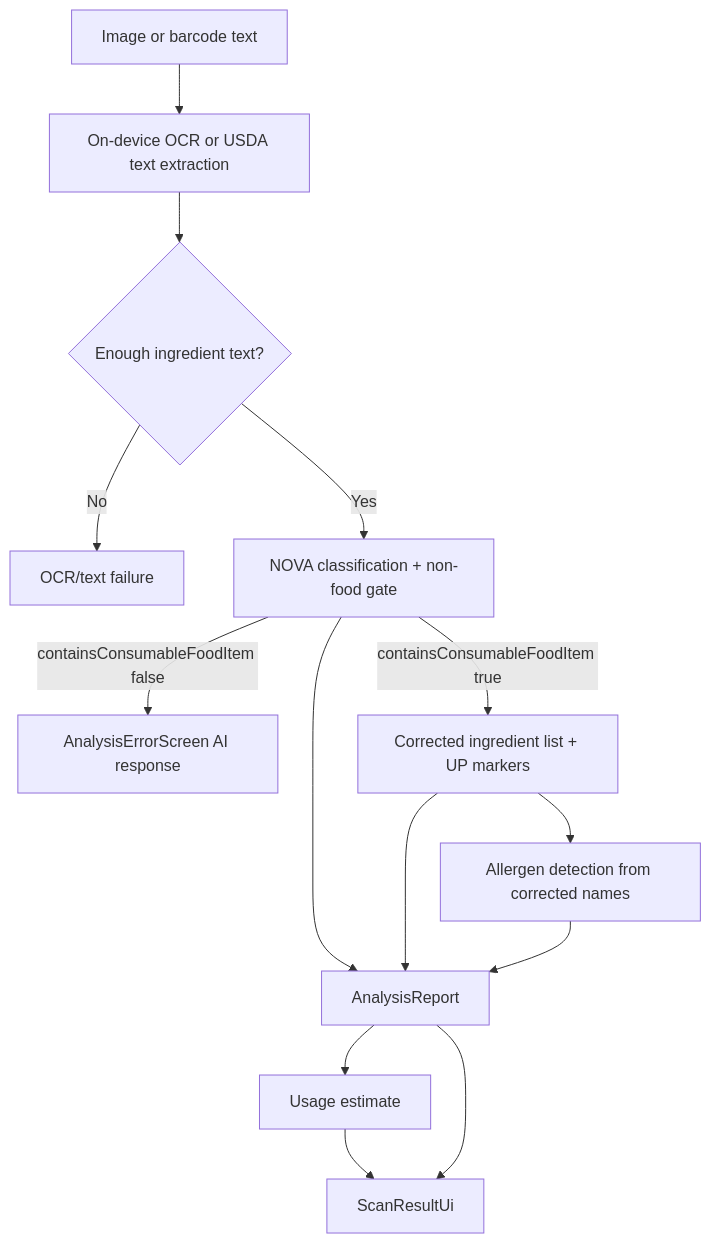
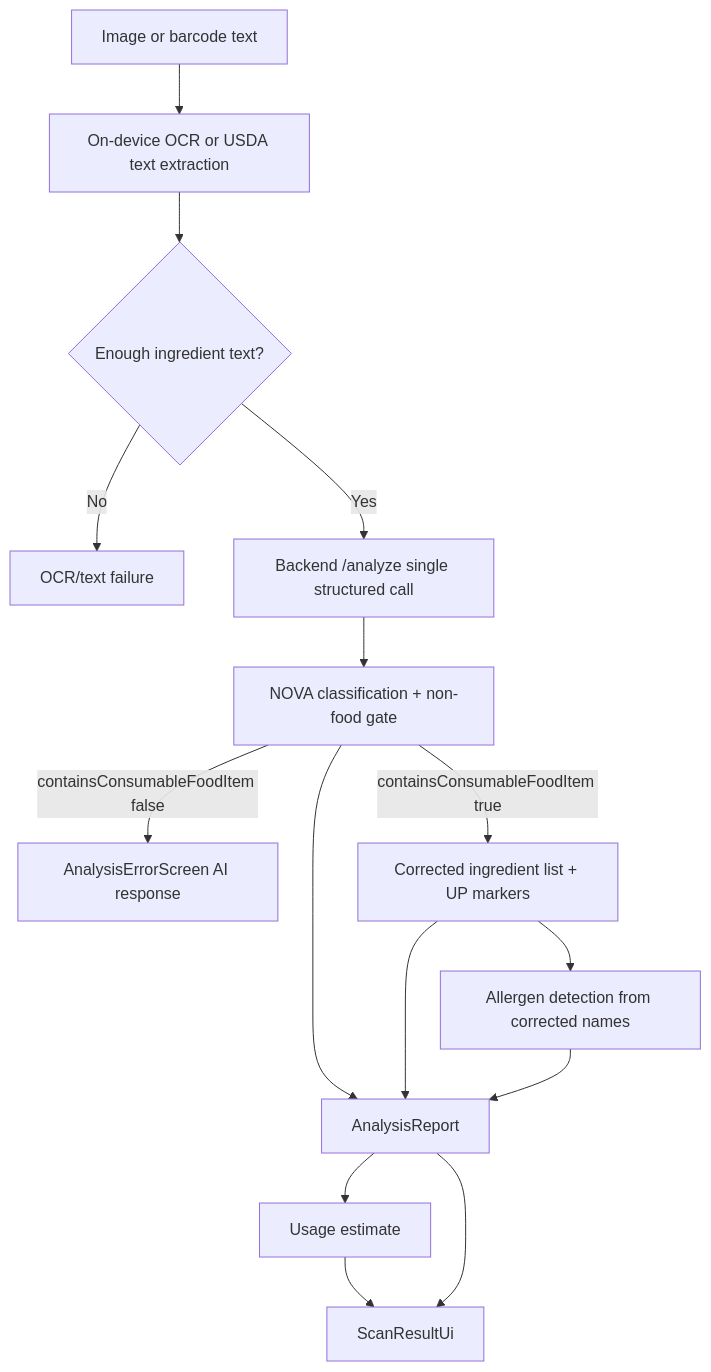
One commit to Bhagat-Atul/ultraprocessed changed the first of 3 diagrams in documentation/04-classification-analysis.md. Above: the diagram before and after it, drawn with Mermaid. The commit also changed other lines of this file and 54 other files, not shown here.

````diff
--- a/documentation/04-classification-analysis.md
+++ b/documentation/04-classification-analysis.md
@@ -24,16 +19,17 @@
 ```mermaid
 flowchart TB
     Input[Image or barcode text] --> Extract[On-device OCR or USDA text extraction]
     Extract --> Gate{Enough ingredient text?}
     Gate -->|No| Invalid[OCR/text failure]
-    Gate -->|Yes| Nova[NOVA classification + non-food gate]
+    Gate -->|Yes| Proxy[Backend /analyze single structured call]
+    Proxy --> Nova[NOVA classification + non-food gate]
     Nova -->|containsConsumableFoodItem false| Error[AnalysisErrorScreen AI response]
     Nova -->|containsConsumableFoodItem true| Ingredients[Corrected ingredient list + UP markers]
     Ingredients --> Allergen[Allergen detection from corrected names]
     Nova --> Result[AnalysisReport]
     Ingredients --> Result
     Allergen --> Result
     Result --> Usage[Usage estimate]
     Usage --> Ui
     Result --> Ui[ScanResultUi]
 ```
````
